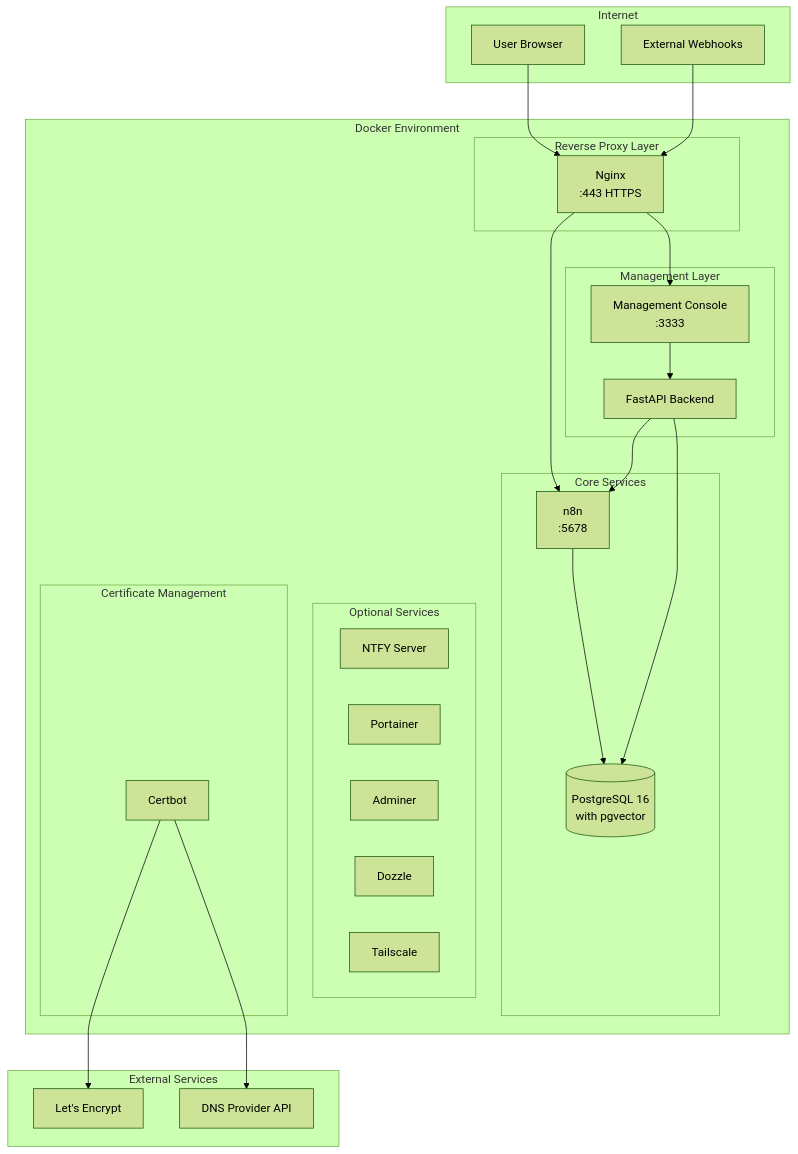
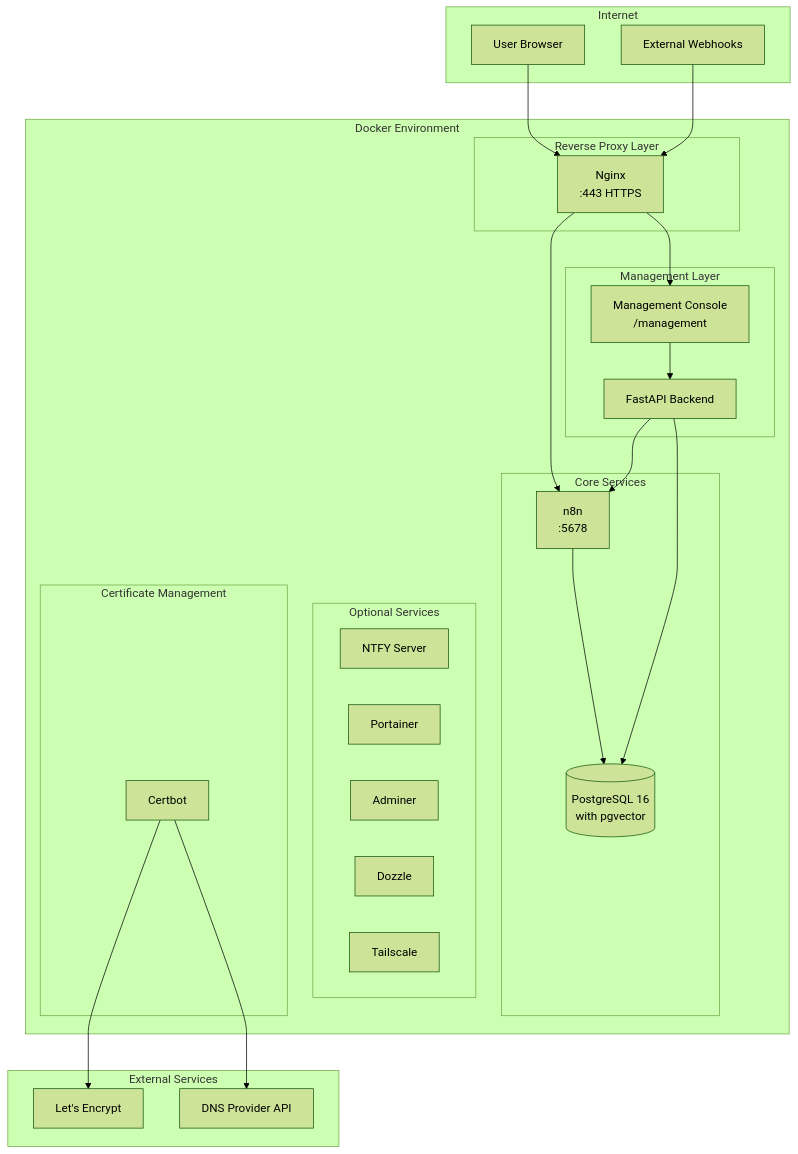
Before and after one commit to rjsears/n8n_nginx: the first of 4 diagrams in README.md, drawn with Mermaid (forest theme). The commit also changed other lines of this file and 4 other files, not shown here.

````diff
--- a/README.md
+++ b/README.md
@@ -211,51 +211,51 @@
 ```mermaid
 flowchart TB
     subgraph Internet["Internet"]
         User["User Browser"]
         Webhook["External Webhooks"]
     end
 
     subgraph Docker["Docker Environment"]
         subgraph Proxy["Reverse Proxy Layer"]
             Nginx["Nginx<br/>:443 HTTPS"]
         end
 
         subgraph Core["Core Services"]
             N8N["n8n<br/>:5678"]
             PG[("PostgreSQL 16<br/>with pgvector")]
         end
 
         subgraph Management["Management Layer"]
-            MGMT["Management Console<br/>:3333"]
+            MGMT["Management Console<br/>/management"]
             API["FastAPI Backend"]
         end
 
         subgraph Optional["Optional Services"]
             NTFY["NTFY Server"]
             Portainer["Portainer"]
             Adminer["Adminer"]
             Dozzle["Dozzle"]
             Tailscale["Tailscale"]
         end
 
         subgraph SSL["Certificate Management"]
             Certbot["Certbot"]
         end
     end
 
     subgraph External["External Services"]
         LE["Let's Encrypt"]
         DNS["DNS Provider API"]
     end
 
     User --> Nginx
     Webhook --> Nginx
     Nginx --> N8N
     Nginx --> MGMT
     N8N --> PG
     MGMT --> API
     API --> PG
     API --> N8N
     Certbot --> LE
     Certbot --> DNS
 ```
````
